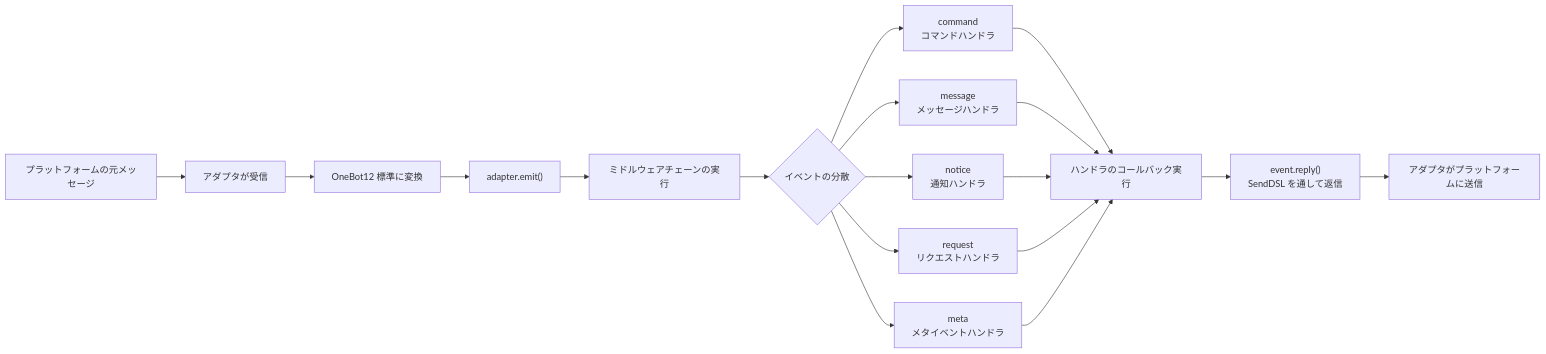
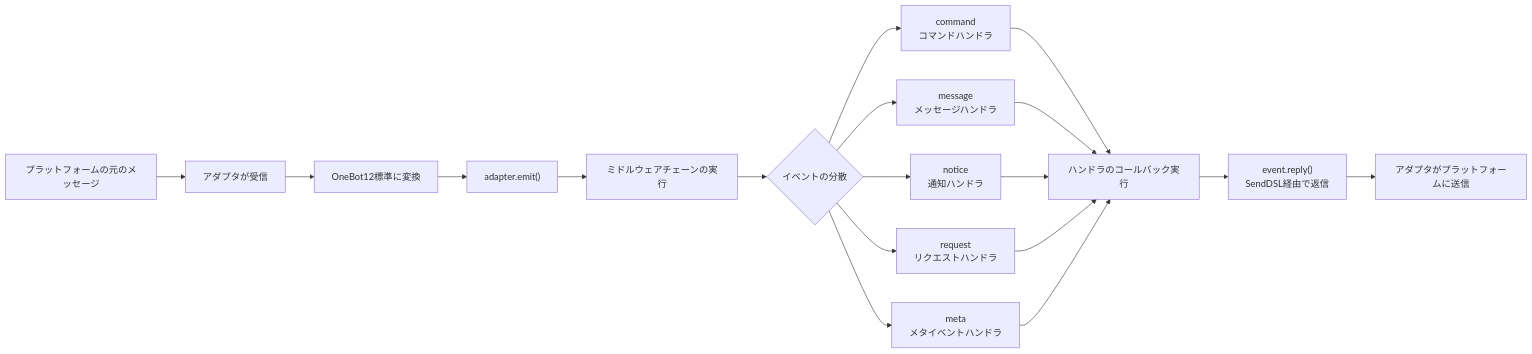
The third of 9 diagrams in docs/ja/architecture.md (ErisPulse/ErisPulse), drawn with Mermaid before and after one commit. The commit also changed other lines of this file and 79 other files, not shown here.

````diff
--- a/docs/ja/architecture.md
+++ b/docs/ja/architecture.md
@@ -88,16 +88,16 @@
 ```mermaid
 flowchart LR
-    A["プラットフォームの元メッセージ"] --> B["アダプタが受信"]
-    B --> C["OneBot12 標準に変換"]
+    A["プラットフォームの元のメッセージ"] --> B["アダプタが受信"]
+    B --> C["OneBot12標準に変換"]
     C --> D["adapter.emit()"]
     D --> E["ミドルウェアチェーンの実行"]
     E --> F{"イベントの分散"}
     F --> G1["command<br/>コマンドハンドラ"]
     F --> G2["message<br/>メッセージハンドラ"]
     F --> G3["notice<br/>通知ハンドラ"]
     F --> G4["request<br/>リクエストハンドラ"]
     F --> G5["meta<br/>メタイベントハンドラ"]
     G1 & G2 & G3 & G4 & G5 --> H["ハンドラのコールバック実行"]
-    H --> I["event.reply()<br/>SendDSL を通して返信"]
+    H --> I["event.reply()<br/>SendDSL経由で返信"]
     I --> J["アダプタがプラットフォームに送信"]
 ```
````
